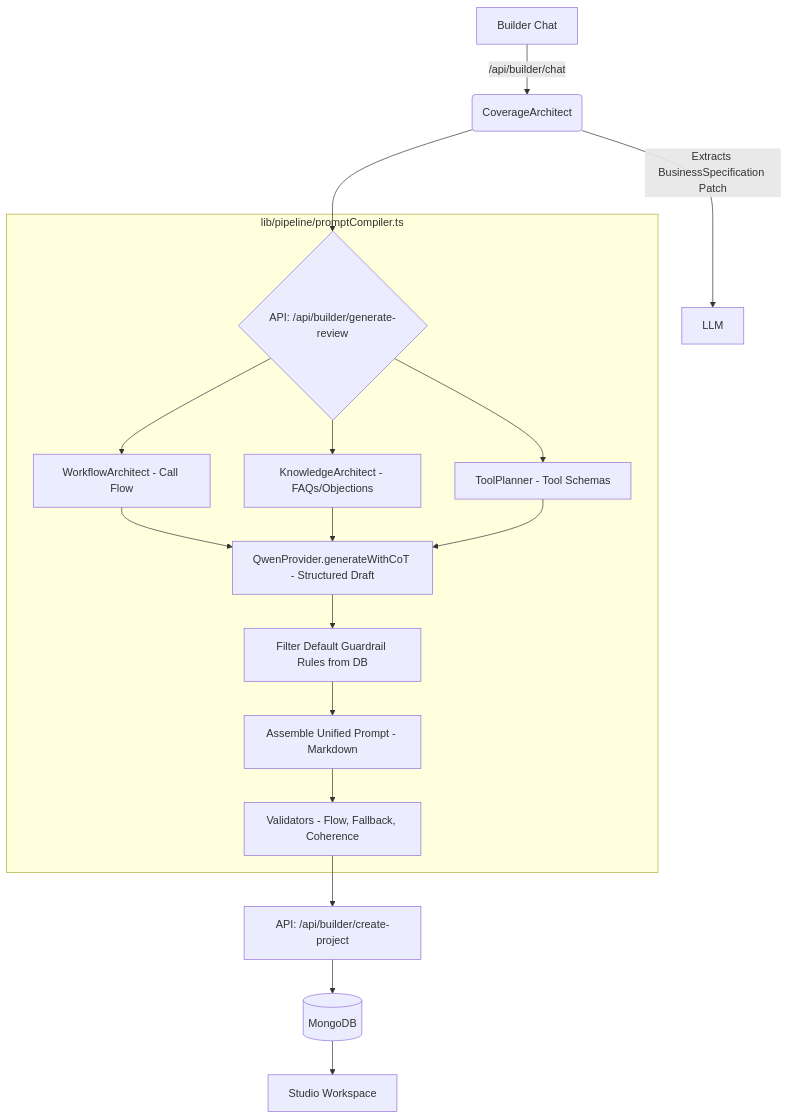
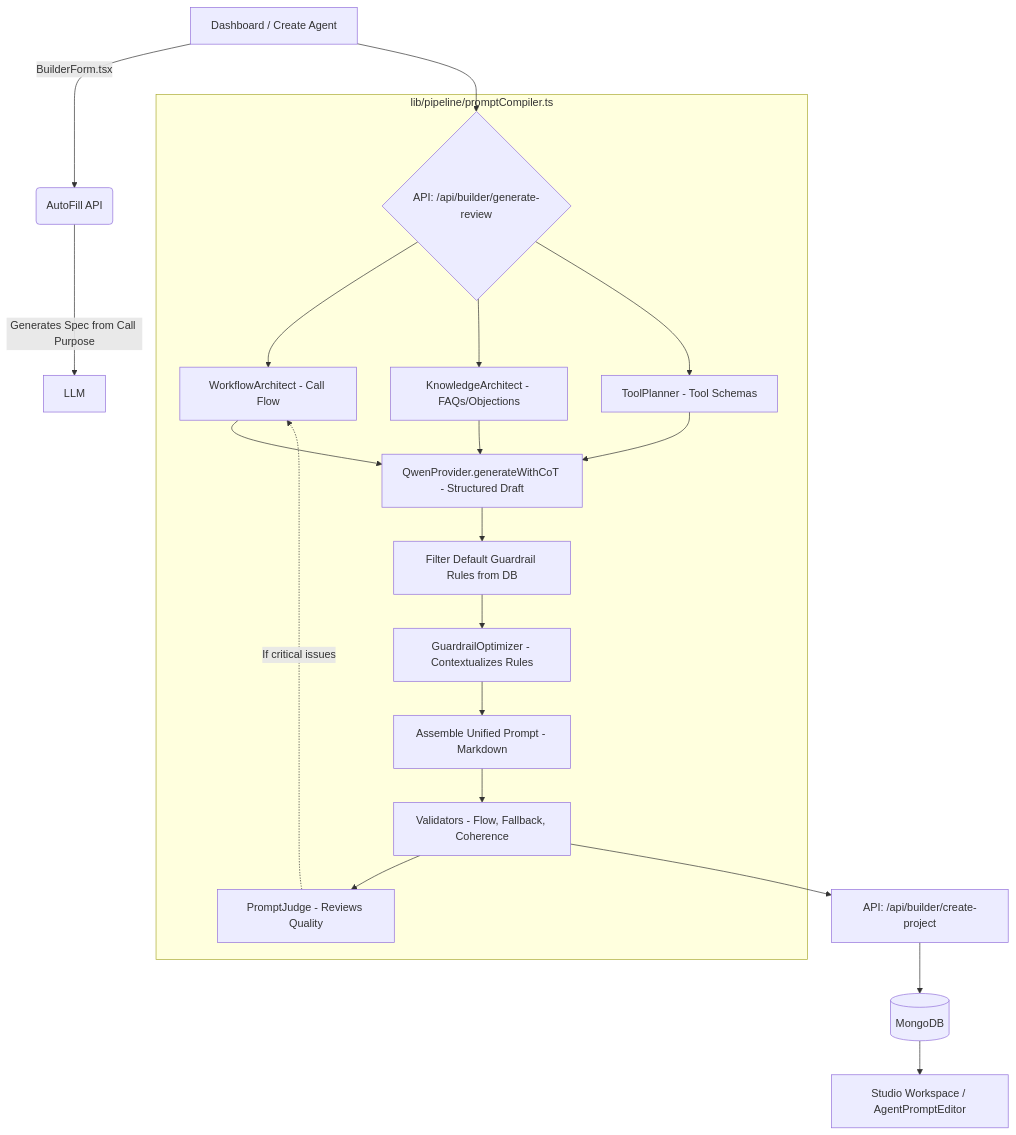
Before and after one commit to aayxsh23/voice-ai-prompt-autobuilder: the diagram in README.md, drawn with Mermaid. The commit also changed other lines of this file, not shown here.

````diff
--- a/README.md
+++ b/README.md
@@ -24,20 +17,23 @@
 ```mermaid
 flowchart TD
-    A[Builder Chat] -->|/api/builder/chat| B(CoverageArchitect)
-    B -->|Extracts BusinessSpecification Patch| C[LLM]
-    B --> D{API: /api/builder/generate-review}
+    A[Dashboard / Create Agent] -->|BuilderForm.tsx| B(AutoFill API)
+    B -->|Generates Spec from Call Purpose| C[LLM]
+    A --> D{API: /api/builder/generate-review}
     
     subgraph Prompt Compiler [lib/pipeline/promptCompiler.ts]
         D --> E[WorkflowArchitect - Call Flow]
         D --> F[KnowledgeArchitect - FAQs/Objections]
         D --> G[ToolPlanner - Tool Schemas]
         E & F & G --> H[QwenProvider.generateWithCoT - Structured Draft]
         H --> I[Filter Default Guardrail Rules from DB]
-        I --> J[Assemble Unified Prompt - Markdown]
+        I --> O[GuardrailOptimizer - Contextualizes Rules]
+        O --> J[Assemble Unified Prompt - Markdown]
         J --> K[Validators - Flow, Fallback, Coherence]
+        K --> P[PromptJudge - Reviews Quality]
+        P -.->|If critical issues| E
     end
     
     K --> L[API: /api/builder/create-project]
     L --> M[(MongoDB)]
-    M --> N[Studio Workspace]
+    M --> N[Studio Workspace / AgentPromptEditor]
 ```
````
